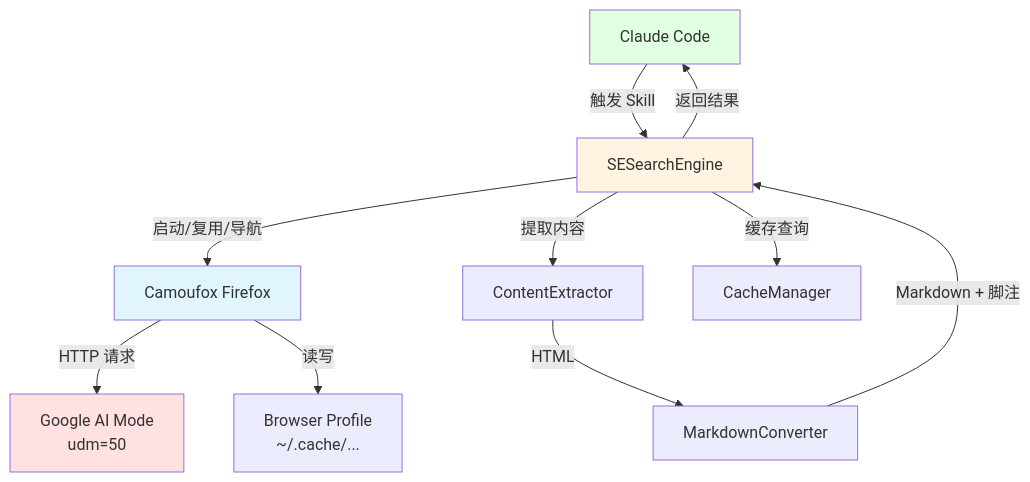
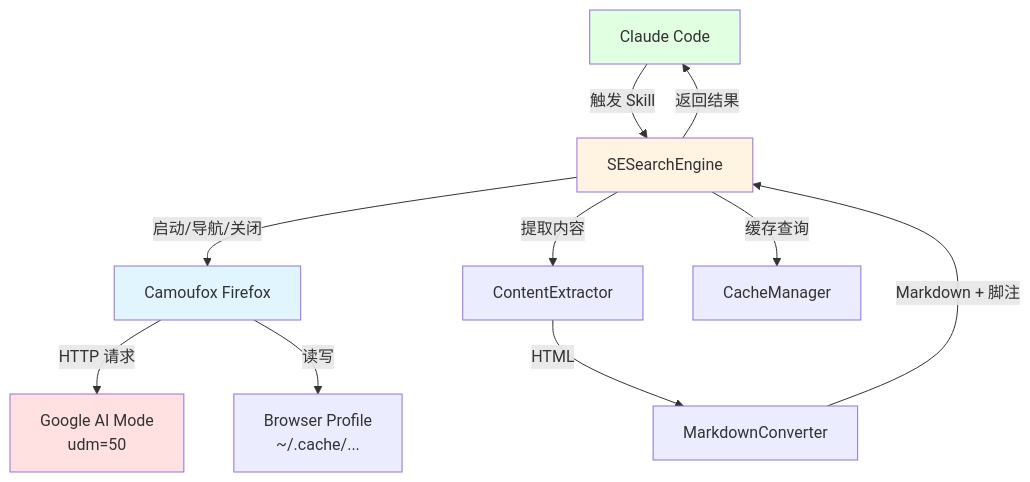
One commit to moyu12-ae/ZeroSearch changed the first of 2 diagrams in .anws/v1/02_ARCHITECTURE_OVERVIEW.md. Above: the diagram before and after it, drawn with Mermaid. The commit also changed other lines of this file and 5 other files, not shown here.

````diff
--- a/.anws/v1/02_ARCHITECTURE_OVERVIEW.md
+++ b/.anws/v1/02_ARCHITECTURE_OVERVIEW.md
@@ -13,24 +13,24 @@
 ```mermaid
 graph TD
     CC[Claude Code] -->|触发 Skill| SESearchEngine
     
-    SESearchEngine -->|启动/复用/导航| CFF[Camoufox Firefox]
+    SESearchEngine -->|启动/导航/关闭| CFF[Camoufox Firefox]
     SESearchEngine -->|提取内容| CE[ContentExtractor]
     SESearchEngine -->|缓存查询| CM[CacheManager]
     
     CFF -->|HTTP 请求| GGL[Google AI Mode
     udm=50]
     
     CE -->|HTML| MC[MarkdownConverter]
     MC -->|Markdown + 脚注| SESearchEngine
     
     SESearchEngine -->|返回结果| CC
     
     CFF -->|读写| BP[Browser Profile
     ~/.cache/...]
     
     style SESearchEngine fill:#fff4e1
     style CFF fill:#e1f5ff
     style GGL fill:#ffe1e1
     style CC fill:#e1ffe1
 ```
````
